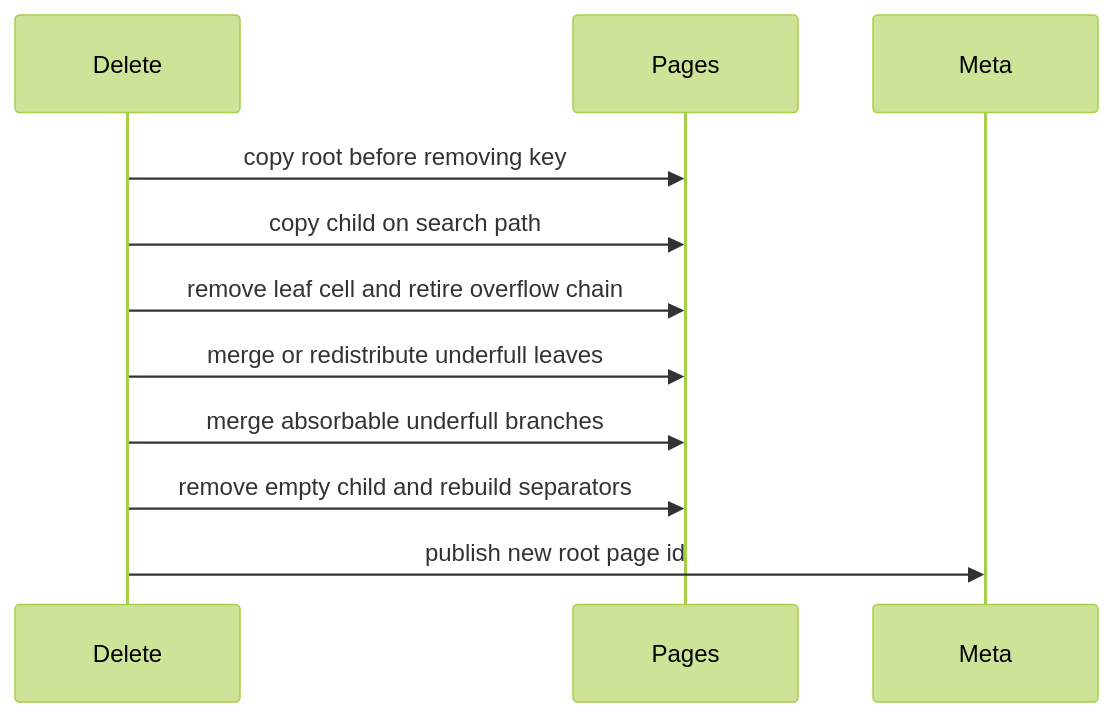
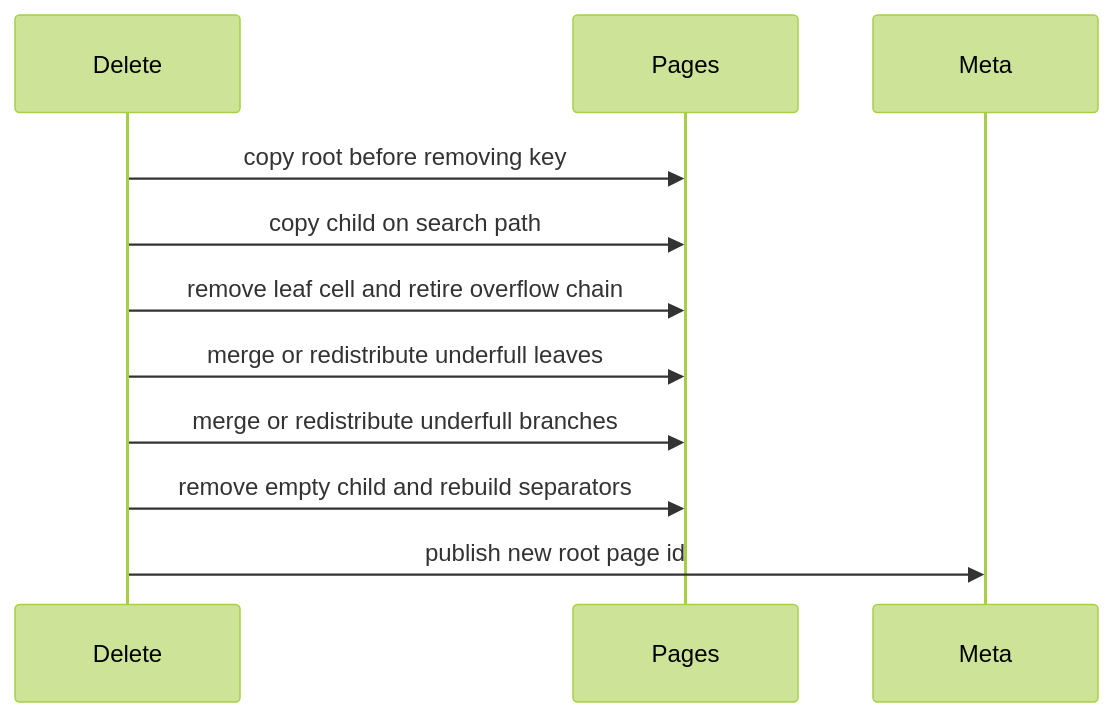
The fourth of 8 diagrams in docs/06-page-backed-cow.md (hadamrd/cow-btree-course), drawn with Mermaid (forest theme) before and after one commit. The commit also changed other lines of this file and 6 other files, not shown here.

Commit message:
feat: redistribute underfull btree branches on delete

````diff
--- a/docs/06-page-backed-cow.md
+++ b/docs/06-page-backed-cow.md
@@ -96,13 +96,13 @@
 ```mermaid
 sequenceDiagram
     participant Delete
     participant Pages
     participant Meta
     Delete->>Pages: copy root before removing key
     Delete->>Pages: copy child on search path
     Delete->>Pages: remove leaf cell and retire overflow chain
     Delete->>Pages: merge or redistribute underfull leaves
-    Delete->>Pages: merge absorbable underfull branches
+    Delete->>Pages: merge or redistribute underfull branches
     Delete->>Pages: remove empty child and rebuild separators
     Delete->>Meta: publish new root page id
 ```
````
